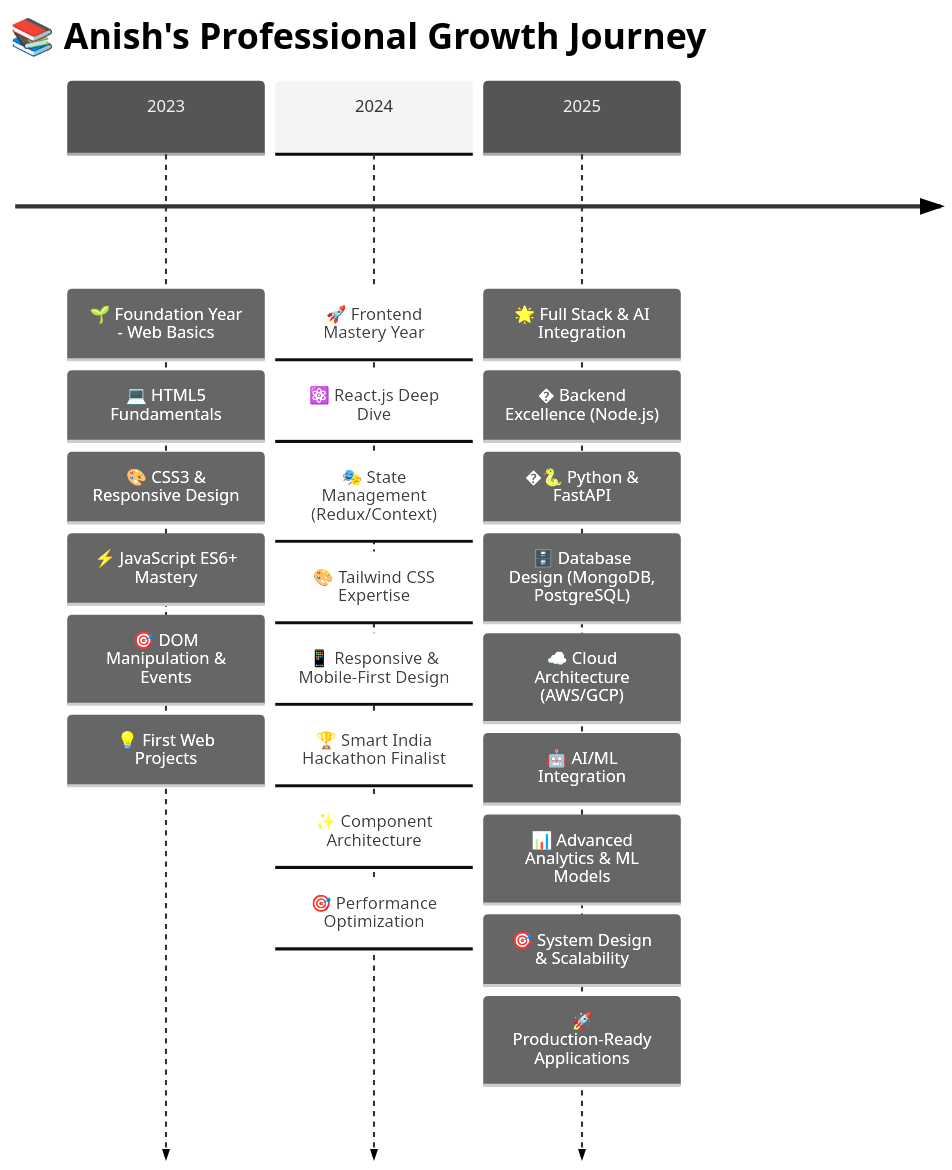
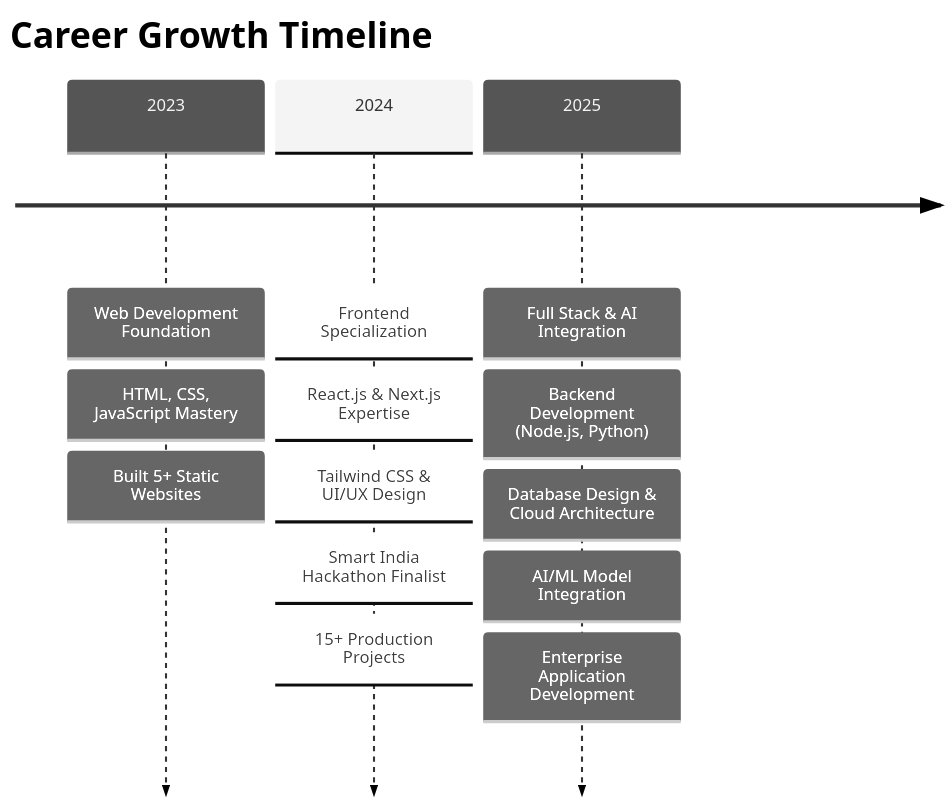
Before and after one commit to Anish-2005/Anish-2005: the diagram in README.md, drawn with Mermaid (neutral theme). The commit also changed other lines of this file and 1 other file, not shown here.

````diff
--- a/README.md
+++ b/README.md
@@ -96,29 +140,19 @@
 ```mermaid
 timeline
-    title 📚 Anish's Professional Growth Journey
-    2023 : 🌱 Foundation Year - Web Basics
-         : 💻 HTML5 Fundamentals
-         : 🎨 CSS3 & Responsive Design
-         : ⚡ JavaScript ES6+ Mastery
-         : 🎯 DOM Manipulation & Events
-         : 💡 First Web Projects
+    title Career Growth Timeline
+    2023 : Web Development Foundation
+         : HTML, CSS, JavaScript Mastery
+         : Built 5+ Static Websites
     
-    2024 : 🚀 Frontend Mastery Year
-         : ⚛️ React.js Deep Dive
-         : 🎭 State Management (Redux/Context)
-         : 🎨 Tailwind CSS Expertise
-         : 📱 Responsive & Mobile-First Design
-         : 🏆 Smart India Hackathon Finalist
-         : ✨ Component Architecture
-         : 🎯 Performance Optimization
+    2024 : Frontend Specialization
+         : React.js & Next.js Expertise
+         : Tailwind CSS & UI/UX Design
+         : Smart India Hackathon Finalist
+         : 15+ Production Projects
     
-    2025 : 🌟 Full Stack & AI Integration
-         : � Backend Excellence (Node.js)
-         : �🐍 Python & FastAPI
-         : 🗄️ Database Design (MongoDB, PostgreSQL)
-         : ☁️ Cloud Architecture (AWS/GCP)
-         : 🤖 AI/ML Integration
-         : 📊 Advanced Analytics & ML Models
-         : 🎯 System Design & Scalability
-         : 🚀 Production-Ready Applications
+    2025 : Full Stack & AI Integration
+         : Backend Development (Node.js, Python)
+         : Database Design & Cloud Architecture
+         : AI/ML Model Integration
+         : Enterprise Application Development
 ```
````
